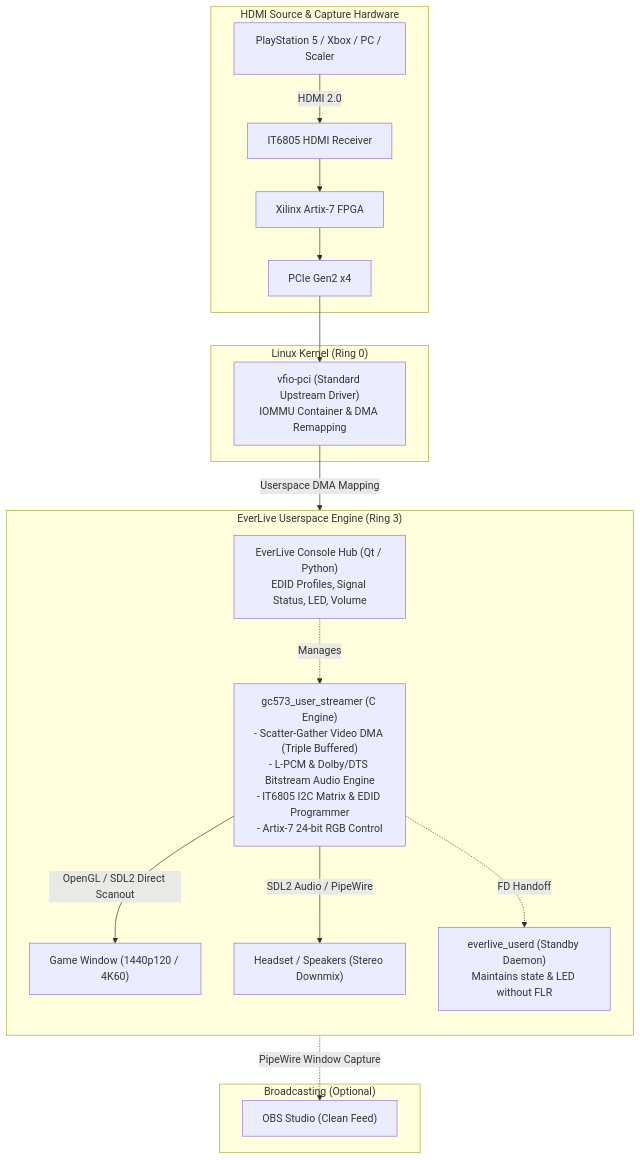
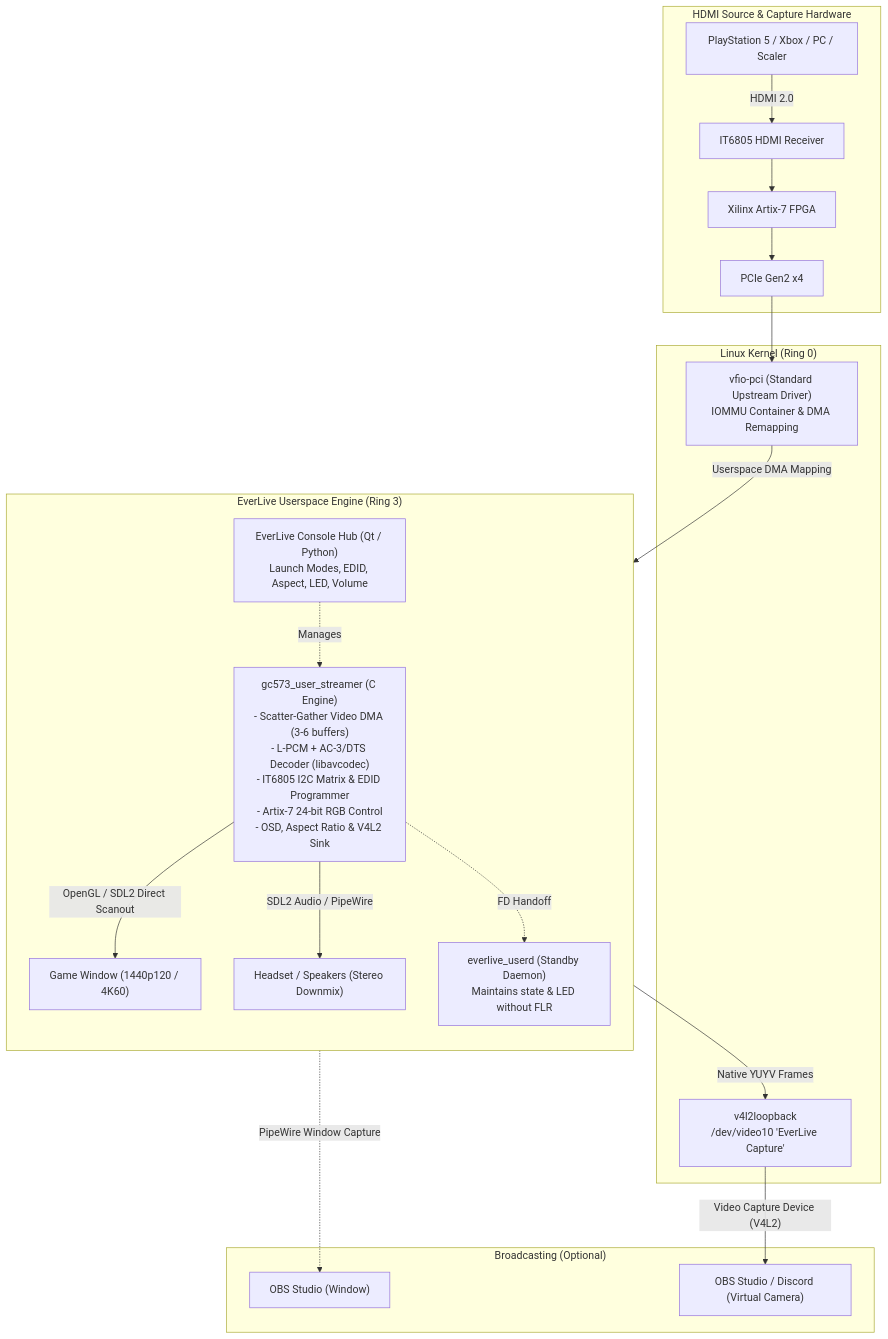
One commit to Everlite/EverLive changed the diagram in README.md. Above: the diagram before and after it, drawn with Mermaid. The commit also changed other lines of this file and 12 other files, not shown here.

Commit message:
feat: release v1.2.0 - virtual camera, studio mode & universal audio

````diff
--- a/README.md
+++ b/README.md
@@ -187,28 +208,31 @@
 ```mermaid
 flowchart TD
   subgraph Hardware["HDMI Source & Capture Hardware"]
     source["PlayStation 5 / Xbox / PC / Scaler"] -->|HDMI 2.0| it6805["IT6805 HDMI Receiver"]
     it6805 --> fpga["Xilinx Artix-7 FPGA"]
     fpga --> pcie["PCIe Gen2 x4"]
   end
 
   subgraph Kernel["Linux Kernel (Ring 0)"]
     vfio["vfio-pci (Standard Upstream Driver)<br/>IOMMU Container & DMA Remapping"]
+    v4l2dev["v4l2loopback<br/>/dev/video10 'EverLive Capture'"]
     pcie --> vfio
   end
 
   subgraph Userspace["EverLive Userspace Engine (Ring 3)"]
     direction TB
-    vfio -->|"Userspace DMA Mapping"| streamer["gc573_user_streamer (C Engine)<br/>- Scatter-Gather Video DMA (Triple Buffered)<br/>- L-PCM & Dolby/DTS Bitstream Audio Engine<br/>- IT6805 I2C Matrix & EDID Programmer<br/>- Artix-7 24-bit RGB Control"]
+    vfio -->|"Userspace DMA Mapping"| streamer["gc573_user_streamer (C Engine)<br/>- Scatter-Gather Video DMA (3-6 buffers)<br/>- L-PCM + AC-3/DTS Decoder (libavcodec)<br/>- IT6805 I2C Matrix & EDID Programmer<br/>- Artix-7 24-bit RGB Control<br/>- OSD, Aspect Ratio & V4L2 Sink"]
     
     streamer -->|"OpenGL / SDL2 Direct Scanout"| window["Game Window (1440p120 / 4K60)"]
+    streamer -->|"Native YUYV Frames"| v4l2dev
     streamer -->|"SDL2 Audio / PipeWire"| audio["Headset / Speakers (Stereo Downmix)"]
 
-    gui["EverLive Console Hub (Qt / Python)<br/>EDID Profiles, Signal Status, LED, Volume"] -.->|Manages| streamer
+    gui["EverLive Console Hub (Qt / Python)<br/>Launch Modes, EDID, Aspect, LED, Volume"] -.->|Manages| streamer
     streamer -.->|"FD Handoff"| daemon["everlive_userd (Standby Daemon)<br/>Maintains state & LED without FLR"]
   end
 
   subgraph OBS["Broadcasting (Optional)"]
-    window -.->|"PipeWire Window Capture"| obspw["OBS Studio (Clean Feed)"]
+    window -.->|"PipeWire Window Capture"| obspw["OBS Studio (Window)"]
+    v4l2dev -->|"Video Capture Device (V4L2)"| obsv4l2["OBS Studio / Discord (Virtual Camera)"]
   end
 ```
````
